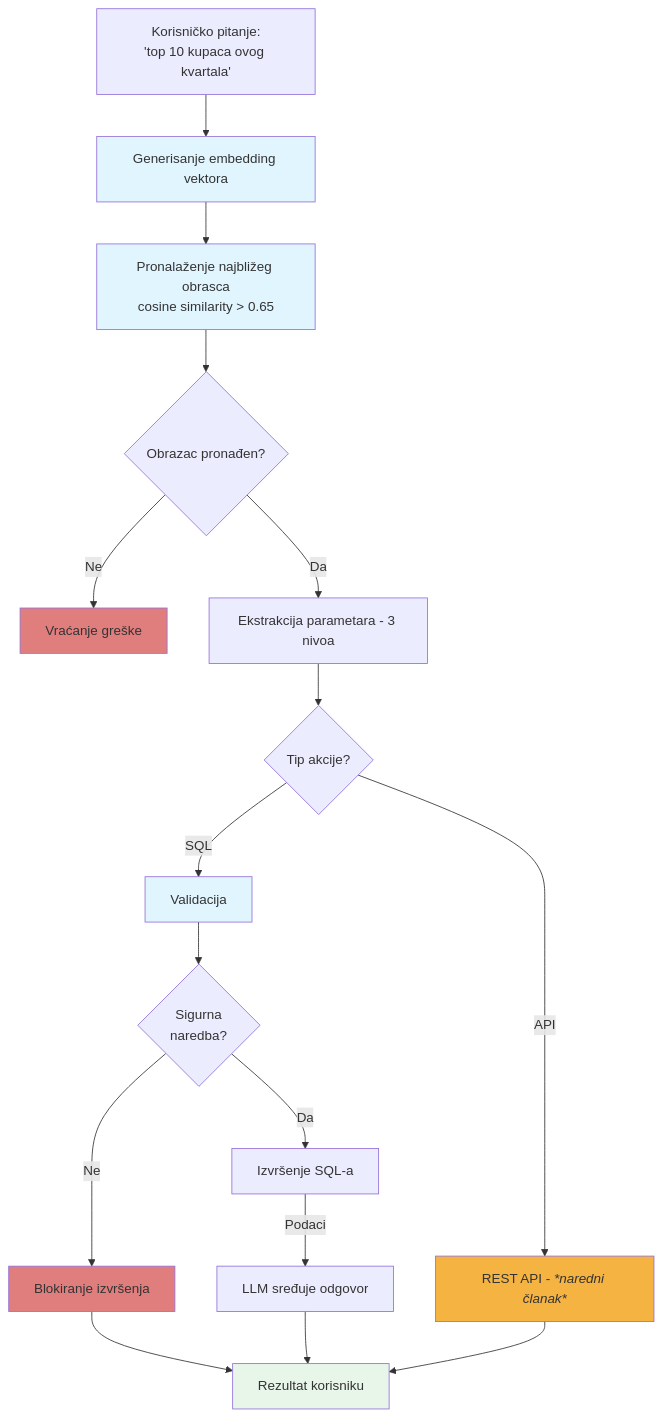
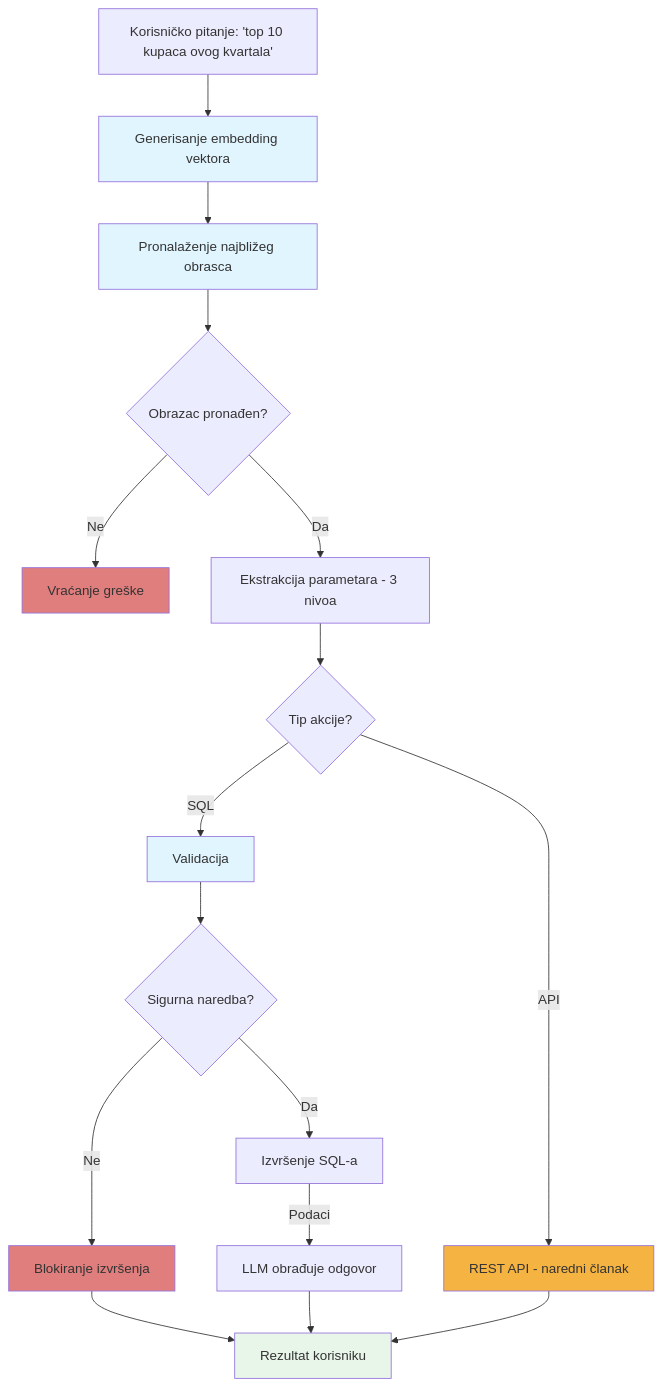
One commit to GolubovicNikola/golubovicnikola.github.io changed the diagram in _posts/2025-11-25-hibridni-nl2sql.md. Above: the diagram before and after it, drawn with Mermaid. The commit also changed other lines of this file, not shown here.

```diff
--- a/_posts/2025-11-25-hibridni-nl2sql.md
+++ b/_posts/2025-11-25-hibridni-nl2sql.md
@@ -19,30 +20,30 @@
 <div class="mermaid">
 graph TD
-  A[Korisničko pitanje:<br/>'top 10 kupaca ovog kvartala'] --> B[Generisanje embedding vektora]
-  B --> C[Pronalaženje najbližeg obrasca<br/>cosine similarity > 0.65]
+  A["Korisničko pitanje: 'top 10 kupaca ovog kvartala'"] --> B[Generisanje embedding vektora]
+  B --> C["Pronalaženje najbližeg obrasca"]
   
   C --> D{Obrazac pronađen?}
   D -->|Ne| E[Vraćanje greške]
   D -->|Da| F[Ekstrakcija parametara - 3 nivoa]
   
   F --> M{Tip akcije?}
   M -->|SQL| N[Validacija]
-  M -->|API| O[REST API - <i>*naredni članak*</i>]
+  M -->|API| O[REST API - naredni članak]
   
-  N --> P{Sigurna<br/>naredba?}
+  N --> P{Sigurna naredba?}
   P -->|Ne| Q[Blokiranje izvršenja]
   P -->|Da| R[Izvršenje SQL-a]
-  R -->|Podaci| H[LLM sređuje odgovor]
+  R -->|Podaci| H[LLM obrađuje odgovor]
   
   H --> S[Rezultat korisniku]
   O --> S
   Q --> S
   
   style B fill:#e1f5ff
   style C fill:#e1f5ff
   style N fill:#e1f5ff
   style S fill:#e8f5e9
   style O fill:#f5b342
   style Q fill:#e07e7e
   style E fill:#e07e7e
 </div>
```
